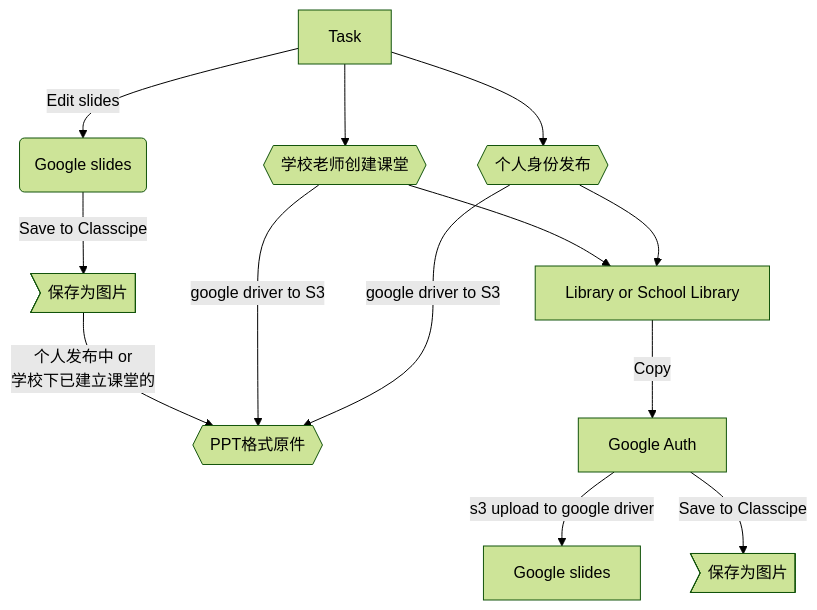
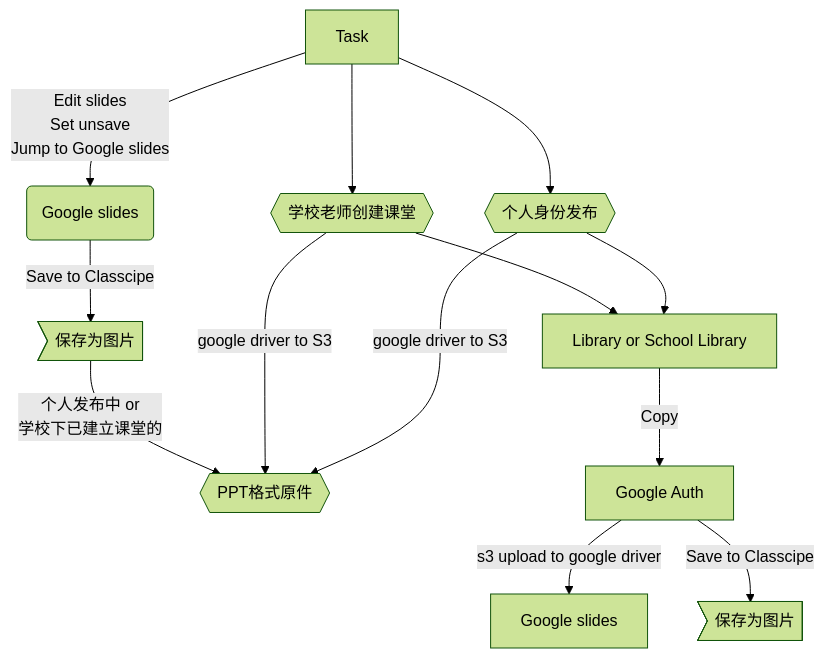
The second of 5 diagrams in main/unit.md (zran-nz/doc), drawn with Mermaid (forest theme) before and after one commit. The commit also changed other lines of this file, not shown here.

````diff
--- a/main/unit.md
+++ b/main/unit.md
@@ -84,16 +84,16 @@
 ```mermaid
 flowchart
-T[Task] --Edit slides--> GS(Google slides)
+T[Task] --Edit slides<br>Set unsave<br>Jump to Google slides--> GS(Google slides)
 GS --Save to Classcipe--> Tl>保存为图片]
 Tl --个人发布中 or<br>学校下已建立课堂的--> To
 T --> Cs{{学校老师创建课堂}}
 T --> Pub{{个人身份发布}}
 Cs --google driver to S3--> To{{PPT格式原件}}
 Pub --google driver to S3--> To{{PPT格式原件}}
 Lib --Copy--> Auth[Google Auth]
 Auth --s3 upload to google driver--> GS2[Google slides]
 Auth --Save to Classcipe--> Tl2>保存为图片]
 Cs --> Lib[Library or School Library]
 Pub --> Lib
 
 ```
````
